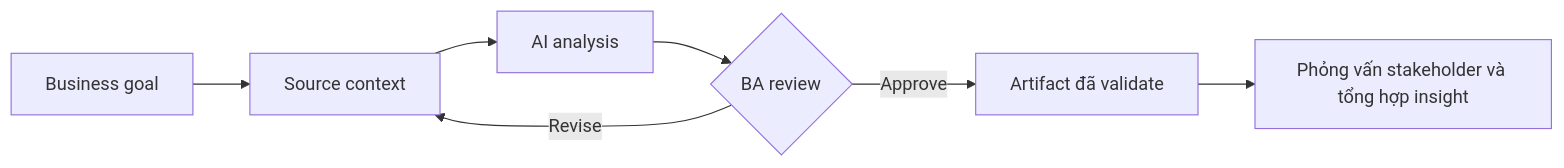
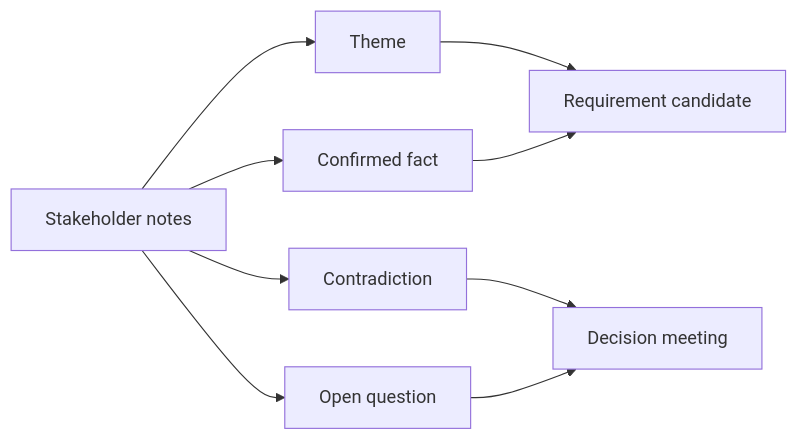
Before and after one commit to anhtnt90dev/ai-for-ba: the diagram in docs/vi/lessons/stakeholder-interviews-and-synthesis/index.md, drawn with Mermaid. The commit also changed other lines of this file and 64 other files, not shown here.

````diff
--- a/docs/vi/lessons/stakeholder-interviews-and-synthesis/index.md
+++ b/docs/vi/lessons/stakeholder-interviews-and-synthesis/index.md
@@ -39,9 +38,11 @@
 ```mermaid
 flowchart LR
-    A["Business goal"] --> B["Source context"]
-    B --> C["AI analysis"]
-    C --> D{"BA review"}
-    D -->|"Revise"| B
-    D -->|"Approve"| E["Artifact đã validate"]
-    E --> F["Phỏng vấn stakeholder và tổng hợp insight"]
+    A["Stakeholder notes"] --> B["Theme"]
+    A --> C["Confirmed fact"]
+    A --> D["Contradiction"]
+    A --> E["Open question"]
+    B --> F["Requirement candidate"]
+    C --> F
+    D --> G["Decision meeting"]
+    E --> G
 ```
````
